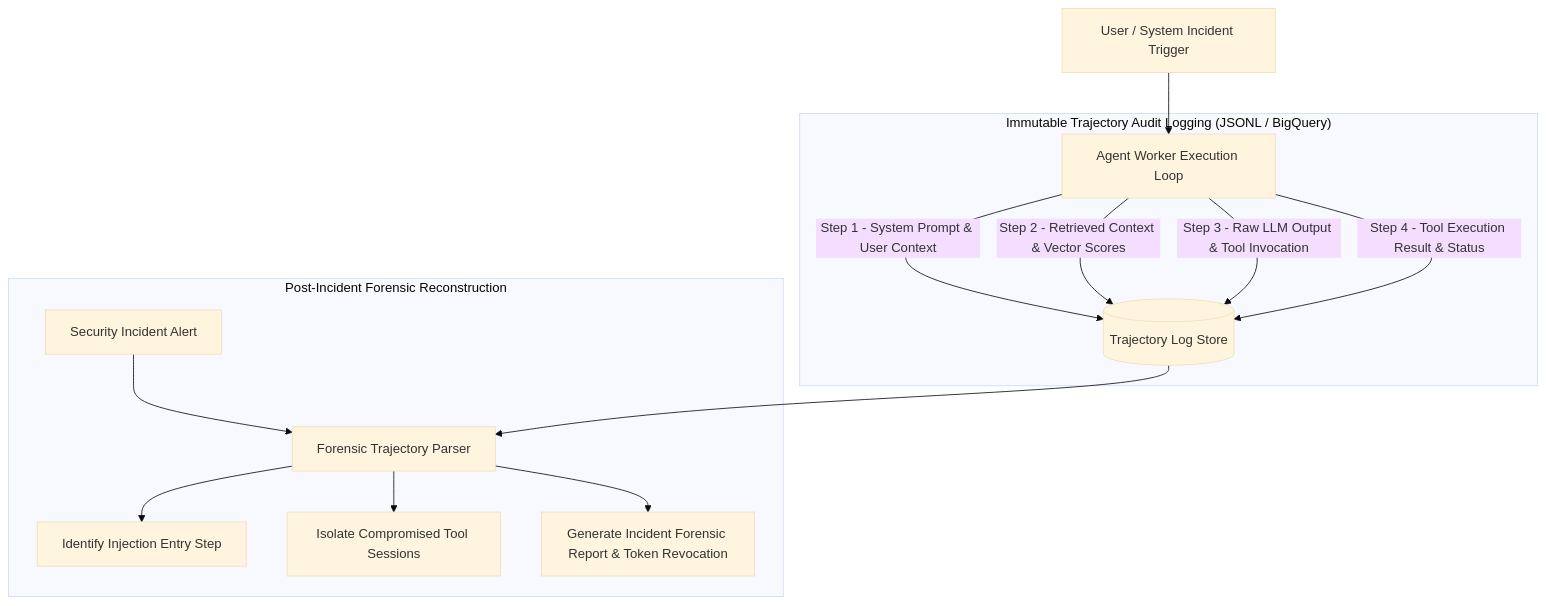
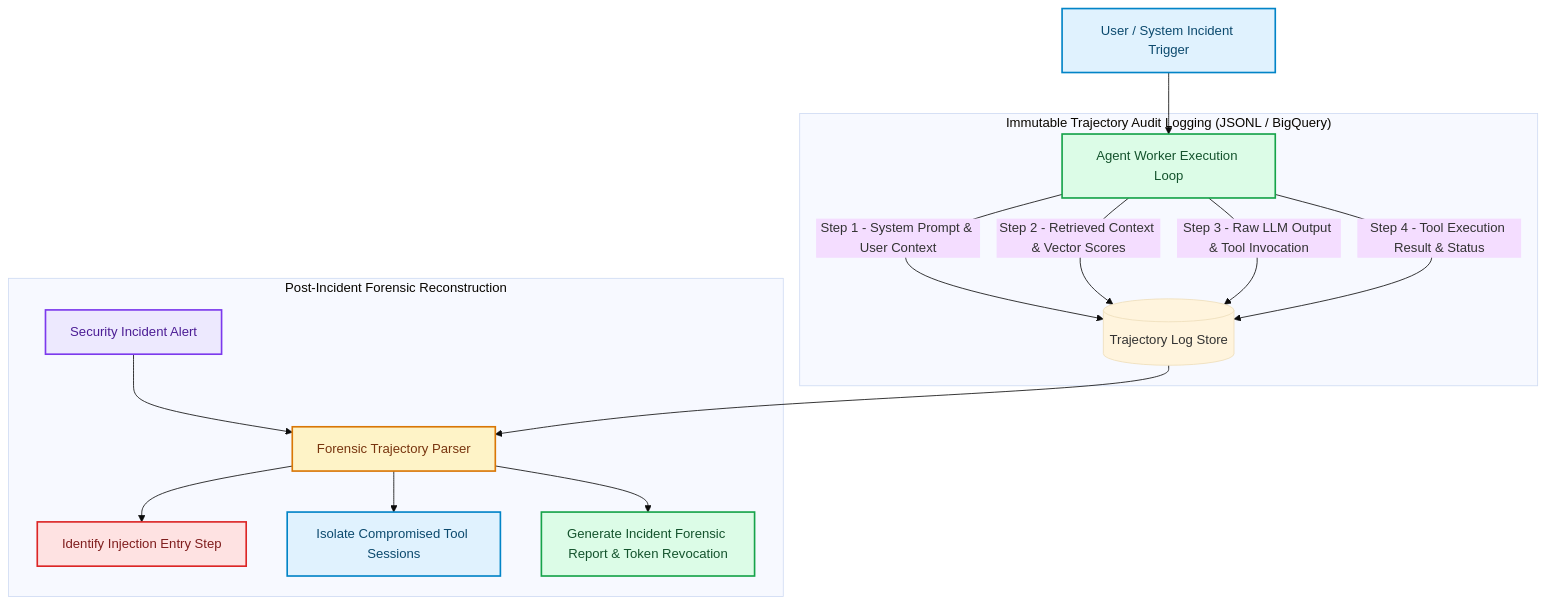
One commit to akmalkhaniub/akmalkhaniub.github.io changed the diagram in blog/posts/agentic-security-incident-forensics-trajectory-audit-logging.md. Above: the diagram before and after it, drawn with Mermaid (base theme). The commit also changed other lines of this file and 1291 other files, not shown here.

First line of the commit message:
feat(catalog): unique covers, scholarly references, and diagram palettes

````diff
--- a/blog/posts/agentic-security-incident-forensics-trajectory-audit-logging.md
+++ b/blog/posts/agentic-security-incident-forensics-trajectory-audit-logging.md
@@ -17,19 +17,30 @@
 ```mermaid
 flowchart TD
-  A[User / System Incident Trigger] --> B[Agent Worker Execution Loop]
+  A["User / System Incident Trigger"] --> B["Agent Worker Execution Loop"]
   
   subgraph SG1_ImmutableTrajectoryAudit ["Immutable Trajectory Audit Logging (JSONL / BigQuery)"]
     B -->|Step 1 - System Prompt & User Context| C[(Trajectory Log Store)]
     B -->|Step 2 - Retrieved Context & Vector Scores| C
     B -->|Step 3 - Raw LLM Output & Tool Invocation| C
     B -->|Step 4 - Tool Execution Result & Status| C
   end
   
   subgraph SG2_PostIncidentForensic ["Post-Incident Forensic Reconstruction"]
-    D[Security Incident Alert] --> E[Forensic Trajectory Parser]
+    D["Security Incident Alert"] --> E["Forensic Trajectory Parser"]
     C --> E
-    E --> F[Identify Injection Entry Step]
-    E --> G[Isolate Compromised Tool Sessions]
-    E --> H[Generate Incident Forensic Report & Token Revocation]
+    E --> F["Identify Injection Entry Step"]
+    E --> G["Isolate Compromised Tool Sessions"]
+    E --> H["Generate Incident Forensic Report & Token Revocation"]
   end
+
+classDef green fill:#dcfce7,stroke:#16a34a,stroke-width:2px,color:#14532d;
+classDef red fill:#fee2e2,stroke:#dc2626,stroke-width:2px,color:#7f1d1d;
+classDef blue fill:#e0f2fe,stroke:#0284c7,stroke-width:2px,color:#0c4a6e;
+classDef yellow fill:#fef3c7,stroke:#d97706,stroke-width:2px,color:#78350f;
+classDef purple fill:#ede9fe,stroke:#7c3aed,stroke-width:2px,color:#4c1d95;
+class A,G blue
+class B,H green
+class D purple
+class E yellow
+class F red
 ```
````
